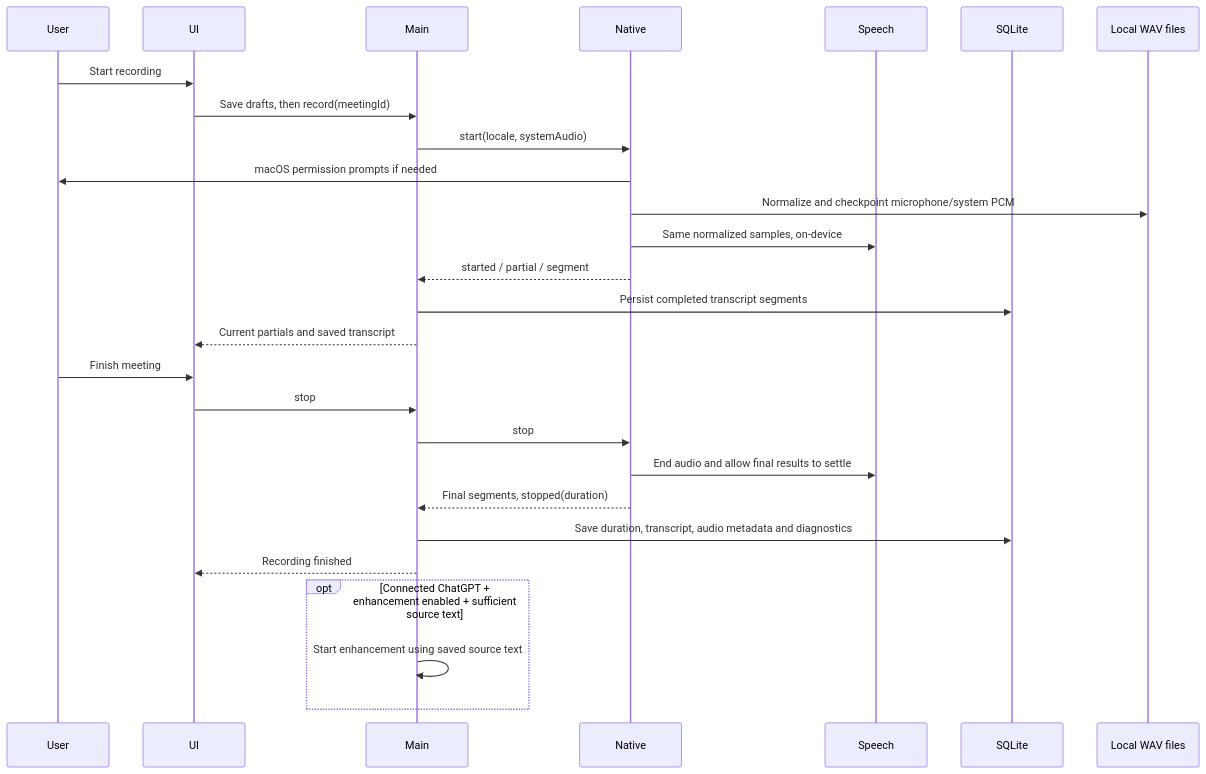
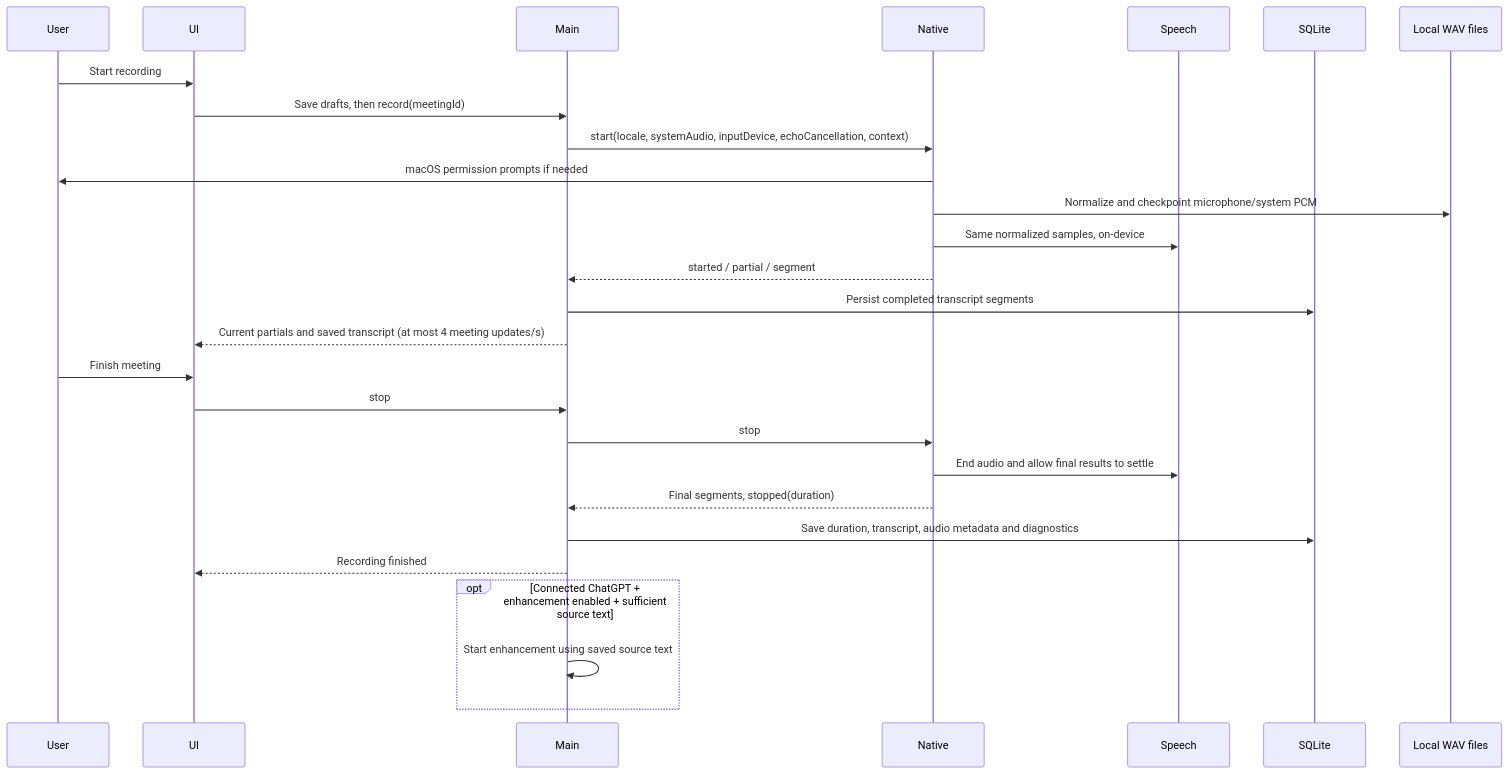
The second of 2 diagrams in docs/ARCHITECTURE.md (Michael-Ma/stillnote), drawn with Mermaid before and after one commit. The commit also changed other lines of this file and 16 other files, not shown here.

Commit message:
fix(main): store, chat context, close, provider and native IPC fixes (Codex workstream M)

````diff
--- a/docs/ARCHITECTURE.md
+++ b/docs/ARCHITECTURE.md
@@ -91,29 +91,29 @@
 ```mermaid
 sequenceDiagram
     participant User
     participant UI
     participant Main
     participant Native
     participant Speech
     participant DB as SQLite
     participant Audio as Local WAV files
     User->>UI: Start recording
     UI->>Main: Save drafts, then record(meetingId)
-    Main->>Native: start(locale, systemAudio)
+    Main->>Native: start(locale, systemAudio, inputDevice, echoCancellation, context)
     Native->>User: macOS permission prompts if needed
     Native->>Audio: Normalize and checkpoint microphone/system PCM
     Native->>Speech: Same normalized samples, on-device
     Native-->>Main: started / partial / segment
     Main->>DB: Persist completed transcript segments
-    Main-->>UI: Current partials and saved transcript
+    Main-->>UI: Current partials and saved transcript (at most 4 meeting updates/s)
     User->>UI: Finish meeting
     UI->>Main: stop
     Main->>Native: stop
     Native->>Speech: End audio and allow final results to settle
     Native-->>Main: Final segments, stopped(duration)
     Main->>DB: Save duration, transcript, audio metadata and diagnostics
     Main-->>UI: Recording finished
     opt Connected ChatGPT + enhancement enabled + sufficient source text
       Main->>Main: Start enhancement using saved source text
     end
 ```
````
